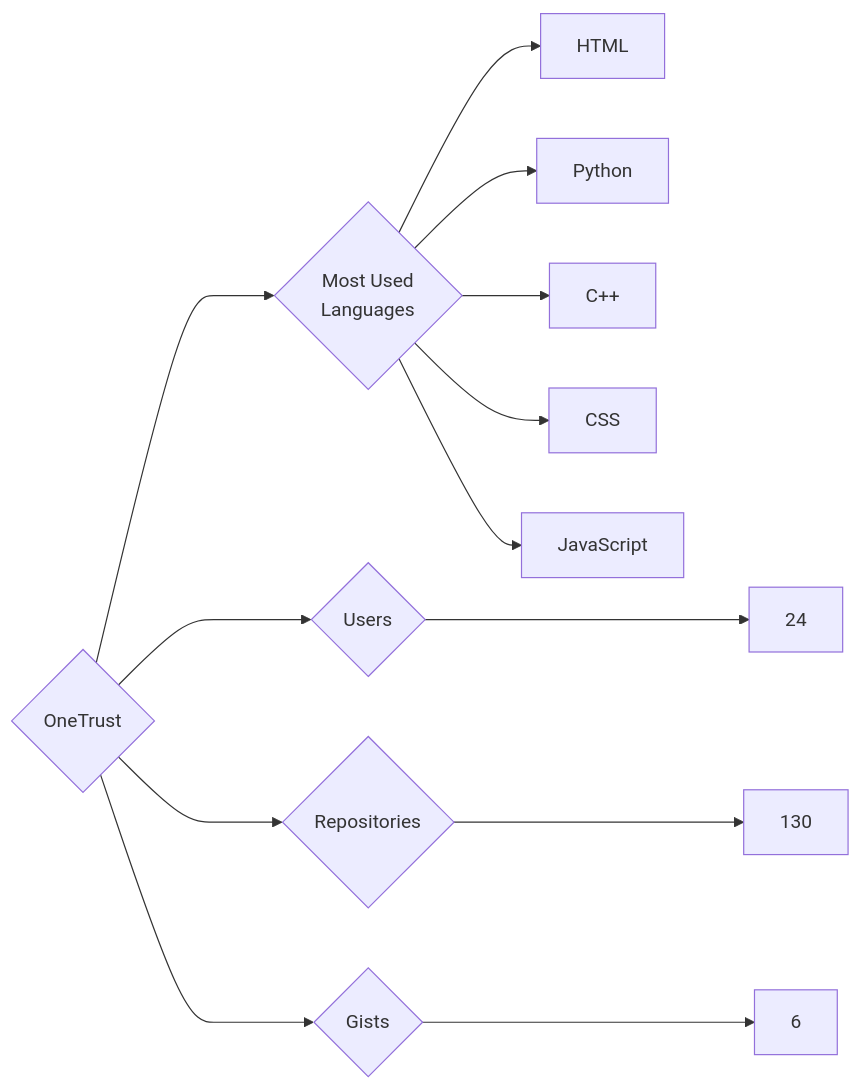
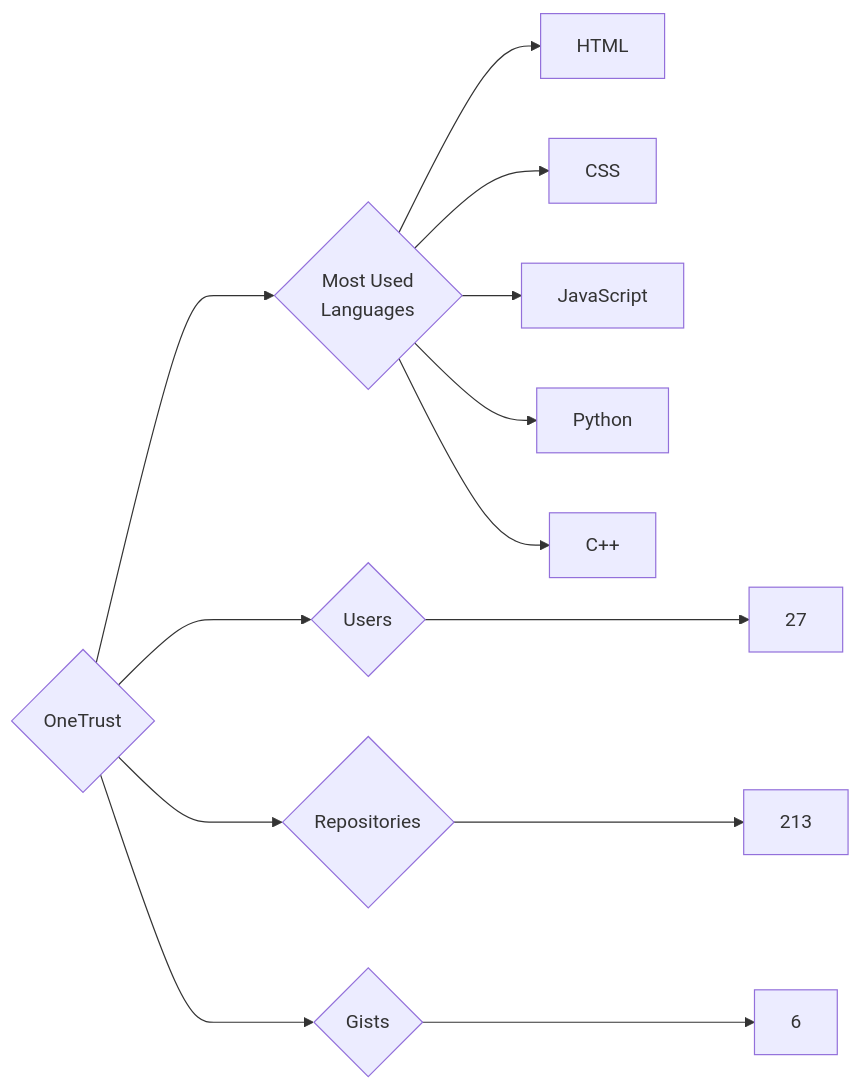
The diagram in targets/OneTrust/README.md (trickest/insiders), drawn with Mermaid before and after one commit. The commit also changed 895 other files, not shown here.

````diff
--- a/targets/OneTrust/README.md
+++ b/targets/OneTrust/README.md
@@ -3,13 +3,13 @@
 ```mermaid
 graph LR
 COMPANY_NAME{OneTrust}
-COMPANY_NAME ---> U{Users} ---> UN[24]
-COMPANY_NAME ---> R{Repositories} ---> RN[130]
+COMPANY_NAME ---> U{Users} ---> UN[27]
+COMPANY_NAME ---> R{Repositories} ---> RN[213]
 COMPANY_NAME ---> G{Gists} ---> GN[6]
 COMPANY_NAME ---> ML{Most Used<br>Languages}
 ML --> HTML[HTML]
+ML --> CSS[CSS]
+ML --> JavaScript[JavaScript]
 ML --> Python[Python]
 ML --> C++[C++]
-ML --> CSS[CSS]
-ML --> JavaScript[JavaScript]
 ```
````
